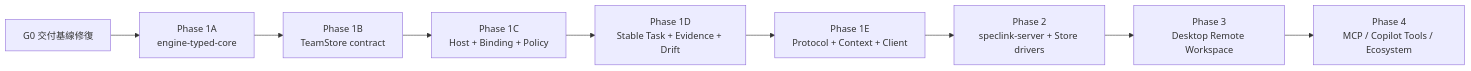
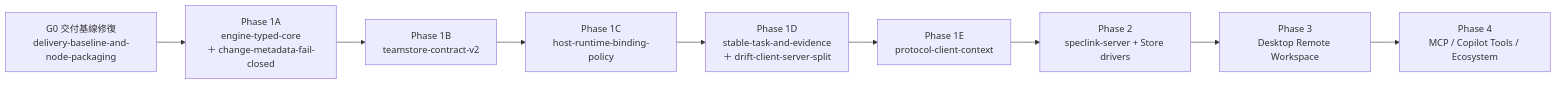
The second of 2 diagrams in docs/implementation-refactor-roadmap.zh-TW.md (MomoChenisMe/speclink), drawn with Mermaid before and after one commit. The commit also changed other lines of this file and 2 other files, not shown here.

Commit message:
docs(roadmap): 記錄 G0 排序討論並修正 Phase 1A–1E 刀組標註
討論 g0-delivery-gate-sequencing 收斂：implementation-refactor-roadmap
定位為 platform-architecture Phase 1 的執行展開，G0 是交付 Gate 而非
Phase 0，可與 Phase 1A 純 Rust 段並行、Node 遷移與全量回歸前必須完成。
討論已轉出變更 delivery-baseline-and-node-packaging。

§4.1 圖的 1A–1E 節點改直接標刀名（1A 含 change-metadata-fail-closed、
1D 含 drift-client-server-split），消除五群組對七把刀的對應歧義。

一併收錄前次會話的封存討論 refactor-roadmap-sequencing（漏提交）。

````diff
--- a/docs/implementation-refactor-roadmap.zh-TW.md
+++ b/docs/implementation-refactor-roadmap.zh-TW.md
@@ -218,14 +218,14 @@
 ```mermaid
 flowchart LR
-    G0["G0 交付基線修復"]
-    P1A["Phase 1A<br/>engine-typed-core"]
-    P1B["Phase 1B<br/>TeamStore contract"]
-    P1C["Phase 1C<br/>Host + Binding + Policy"]
-    P1D["Phase 1D<br/>Stable Task + Evidence + Drift"]
-    P1E["Phase 1E<br/>Protocol + Context + Client"]
+    G0["G0 交付基線修復<br/>delivery-baseline-and-node-packaging"]
+    P1A["Phase 1A<br/>engine-typed-core<br/>＋ change-metadata-fail-closed"]
+    P1B["Phase 1B<br/>teamstore-contract-v2"]
+    P1C["Phase 1C<br/>host-runtime-binding-policy"]
+    P1D["Phase 1D<br/>stable-task-and-evidence<br/>＋ drift-client-server-split"]
+    P1E["Phase 1E<br/>protocol-client-context"]
     P2["Phase 2<br/>speclink-server + Store drivers"]
     P3["Phase 3<br/>Desktop Remote Workspace"]
     P4["Phase 4<br/>MCP / Copilot Tools / Ecosystem"]
 
     G0 --> P1A --> P1B --> P1C --> P1D --> P1E --> P2 --> P3 --> P4
 ```
````
